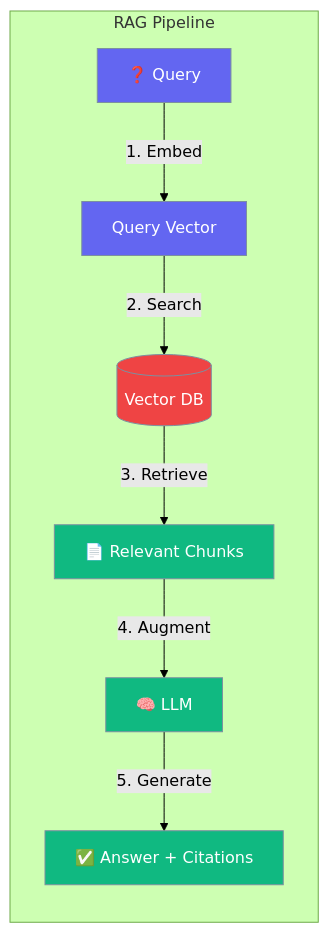
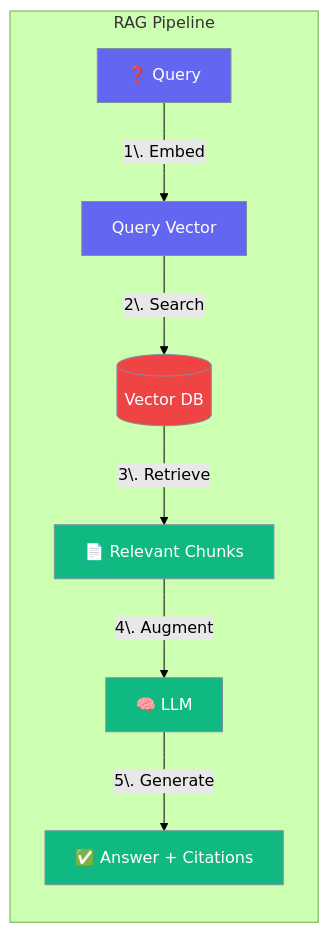
Before and after one commit to MervinPraison/PraisonAIDocs: the first of 7 diagrams in docs/concepts/rag.mdx, drawn with Mermaid (forest theme). The commit also changed 2 other files, not shown here.

Commit message:
fix: escape periods in numbered Mermaid diagram labels to ensure correct rendering

````diff
--- a/docs/concepts/rag.mdx
+++ b/docs/concepts/rag.mdx
@@ -10,18 +10,18 @@
 ```mermaid
 graph LR
     subgraph "RAG Pipeline"
-        Q[❓ Query] -->|1. Embed| E[Query Vector]
-        E -->|2. Search| VDB[(Vector DB)]
-        VDB -->|3. Retrieve| Chunks[📄 Relevant Chunks]
-        Chunks -->|4. Augment| LLM[🧠 LLM]
-        LLM -->|5. Generate| Answer[✅ Answer + Citations]
+        Q[❓ Query] -->|1\. Embed| E[Query Vector]
+        E -->|2\. Search| VDB[(Vector DB)]
+        VDB -->|3\. Retrieve| Chunks[📄 Relevant Chunks]
+        Chunks -->|4\. Augment| LLM[🧠 LLM]
+        LLM -->|5\. Generate| Answer[✅ Answer + Citations]
     end
     
     classDef query fill:#6366F1,stroke:#7C90A0,color:#fff
     classDef db fill:#EF4444,stroke:#7C90A0,color:#fff
     classDef llm fill:#10B981,stroke:#7C90A0,color:#fff
     
     class Q,E query
     class VDB db
     class LLM,Answer,Chunks llm
 ```
````
